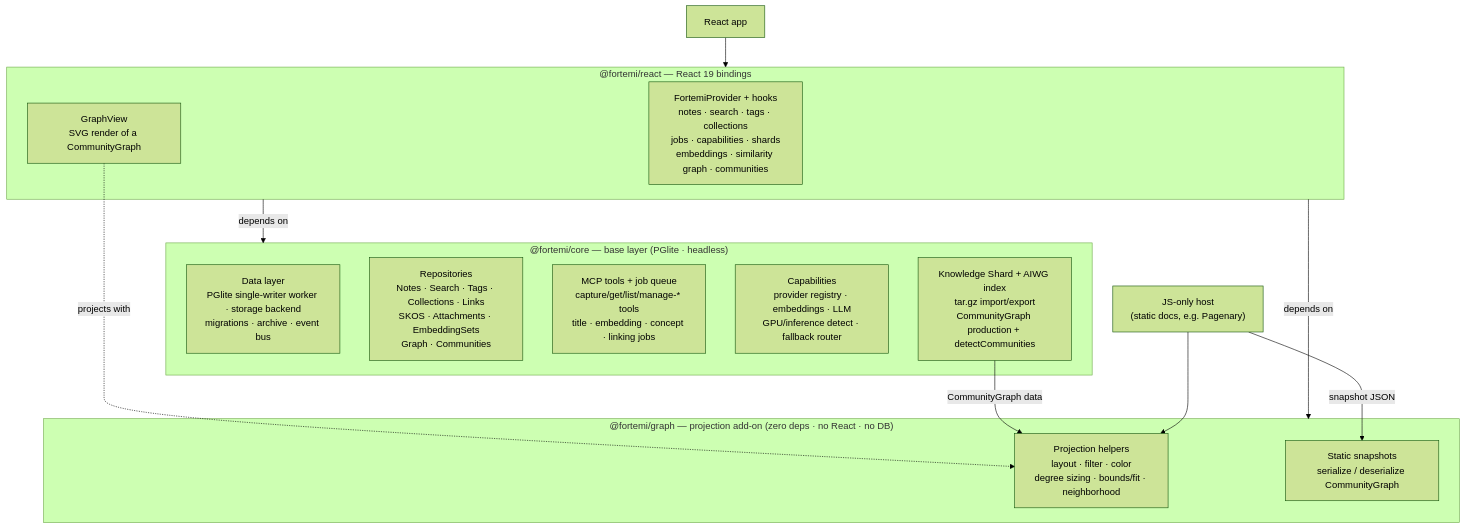
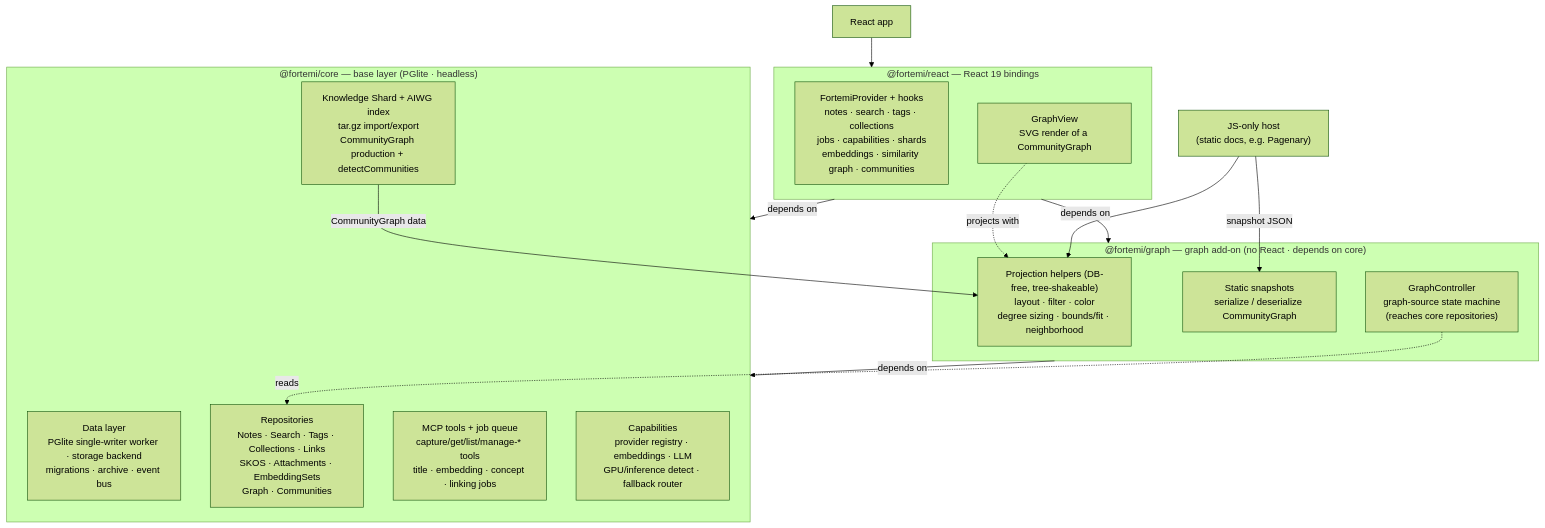
Before and after one commit to Fortemi/fortemi-react: the diagram in docs/architecture/package-architecture.md, drawn with Mermaid (forest theme). The commit also changed other lines of this file and 1 other file, not shown here.

First line of the commit message:
docs: correct @fortemi/graph dependency direction in architecture + API docs

````diff
--- a/docs/architecture/package-architecture.md
+++ b/docs/architecture/package-architecture.md
@@ -11,31 +14,34 @@
 ```mermaid
 flowchart TB
   subgraph pkgReact["@fortemi/react — React 19 bindings"]
     reactProvider["FortemiProvider + hooks<br/>notes · search · tags · collections<br/>jobs · capabilities · shards<br/>embeddings · similarity graph · communities"]
     reactView["GraphView<br/>SVG render of a CommunityGraph"]
   end
 
-  subgraph pkgGraph["@fortemi/graph — projection add-on (zero deps · no React · no DB)"]
-    graphProj["Projection helpers<br/>layout · filter · color<br/>degree sizing · bounds/fit · neighborhood"]
+  subgraph pkgGraph["@fortemi/graph — graph add-on (no React · depends on core)"]
+    graphProj["Projection helpers (DB-free, tree-shakeable)<br/>layout · filter · color<br/>degree sizing · bounds/fit · neighborhood"]
     graphSnap["Static snapshots<br/>serialize / deserialize CommunityGraph"]
+    graphCtrl["GraphController<br/>graph-source state machine<br/>(reaches core repositories)"]
   end
 
   subgraph pkgCore["@fortemi/core — base layer (PGlite · headless)"]
     coreData["Data layer<br/>PGlite single-writer worker · storage backend<br/>migrations · archive · event bus"]
     coreRepos["Repositories<br/>Notes · Search · Tags · Collections · Links<br/>SKOS · Attachments · EmbeddingSets<br/>Graph · Communities"]
     coreTools["MCP tools + job queue<br/>capture/get/list/manage-* tools<br/>title · embedding · concept · linking jobs"]
     coreCaps["Capabilities<br/>provider registry · embeddings · LLM<br/>GPU/inference detect · fallback router"]
     coreShard["Knowledge Shard + AIWG index<br/>tar.gz import/export<br/>CommunityGraph production + detectCommunities"]
   end
 
   consumerApp["React app"]
   consumerJs["JS-only host<br/>(static docs, e.g. Pagenary)"]
 
   pkgReact -->|"depends on"| pkgCore
   pkgReact -->|"depends on"| pkgGraph
+  pkgGraph -->|"depends on"| pkgCore
+  graphCtrl -.->|"reads"| coreRepos
   reactView -.->|"projects with"| graphProj
   coreShard -->|"CommunityGraph data"| graphProj
   consumerApp --> pkgReact
   consumerJs -->|"snapshot JSON"| graphSnap
   consumerJs --> graphProj
 ```
````
